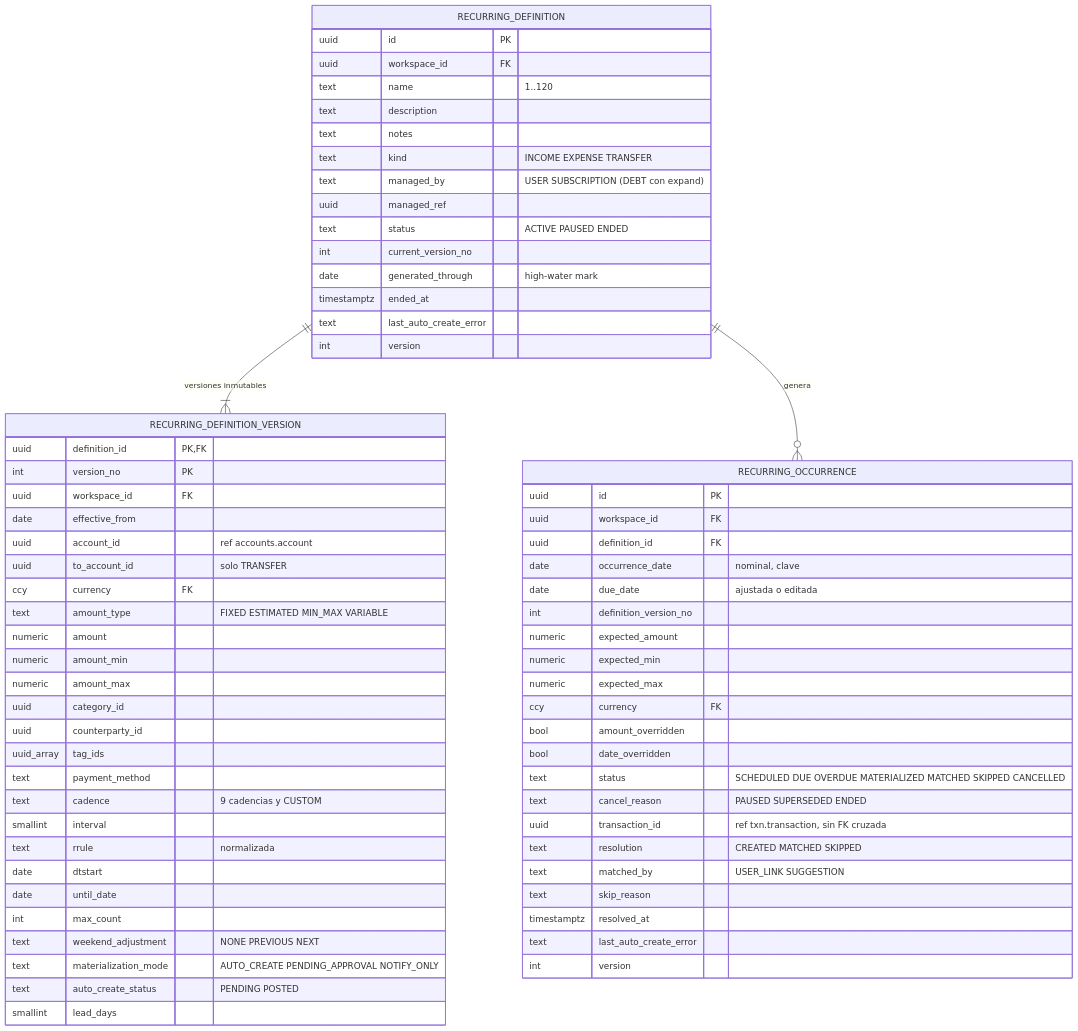
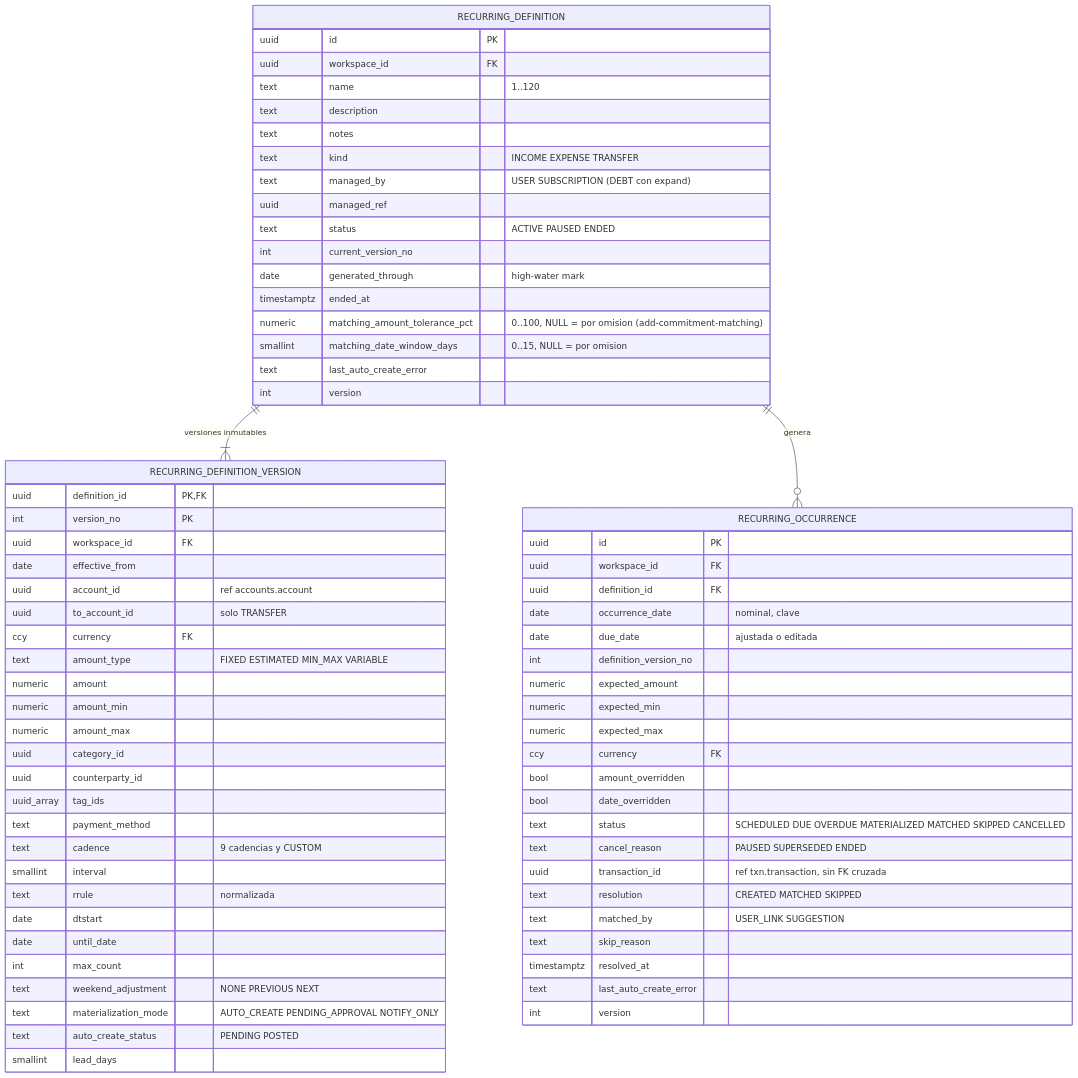
Before and after one commit to manuXD270516/personal-finances: the ninth of 22 diagrams in docs/08-data-model.md, drawn with Mermaid. The commit also changed other lines of this file and 83 other files, not shown here.

First line of the commit message:
feat(commitments): sugerencias de vínculo ocurrencia-transacción (add-commitment-matching) (#94)

````diff
--- a/docs/08-data-model.md
+++ b/docs/08-data-model.md
@@ -871,71 +871,73 @@
 ```mermaid
 erDiagram
   RECURRING_DEFINITION ||--|{ RECURRING_DEFINITION_VERSION : "versiones inmutables"
   RECURRING_DEFINITION ||--o{ RECURRING_OCCURRENCE : "genera"
   RECURRING_DEFINITION {
     uuid id PK
     uuid workspace_id FK
     text name "1..120"
     text description
     text notes
     text kind "INCOME EXPENSE TRANSFER"
     text managed_by "USER SUBSCRIPTION (DEBT con expand)"
     uuid managed_ref
     text status "ACTIVE PAUSED ENDED"
     int current_version_no
     date generated_through "high-water mark"
     timestamptz ended_at
+    numeric matching_amount_tolerance_pct "0..100, NULL = por omision (add-commitment-matching)"
+    smallint matching_date_window_days "0..15, NULL = por omision"
     text last_auto_create_error
     int version
   }
   RECURRING_DEFINITION_VERSION {
     uuid definition_id PK, FK
     int version_no PK
     uuid workspace_id FK
     date effective_from
     uuid account_id "ref accounts.account"
     uuid to_account_id "solo TRANSFER"
     ccy currency FK
     text amount_type "FIXED ESTIMATED MIN_MAX VARIABLE"
     numeric amount
     numeric amount_min
     numeric amount_max
     uuid category_id
     uuid counterparty_id
     uuid_array tag_ids
     text payment_method
     text cadence "9 cadencias y CUSTOM"
     smallint interval
     text rrule "normalizada"
     date dtstart
     date until_date
     int max_count
     text weekend_adjustment "NONE PREVIOUS NEXT"
     text materialization_mode "AUTO_CREATE PENDING_APPROVAL NOTIFY_ONLY"
     text auto_create_status "PENDING POSTED"
     smallint lead_days
   }
   RECURRING_OCCURRENCE {
     uuid id PK
     uuid workspace_id FK
     uuid definition_id FK
     date occurrence_date "nominal, clave"
     date due_date "ajustada o editada"
     int definition_version_no
     numeric expected_amount
     numeric expected_min
     numeric expected_max
     ccy currency FK
     bool amount_overridden
     bool date_overridden
     text status "SCHEDULED DUE OVERDUE MATERIALIZED MATCHED SKIPPED CANCELLED"
     text cancel_reason "PAUSED SUPERSEDED ENDED"
     uuid transaction_id "ref txn.transaction, sin FK cruzada"
     text resolution "CREATED MATCHED SKIPPED"
     text matched_by "USER_LINK SUGGESTION"
     text skip_reason
     timestamptz resolved_at
     text last_auto_create_error
     int version
   }
 ```
````
